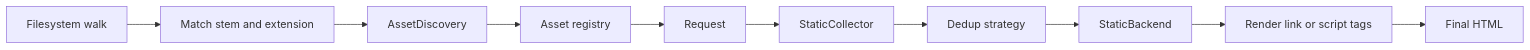
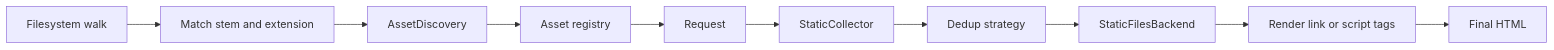
One commit to next-dj/next-dj changed the first of 2 diagrams in docs/content/internals/static-pipeline.rst. Above: the diagram before and after it, drawn with Mermaid. The commit also changed other lines of this file and 71 other files, not shown here.

```diff
--- a/docs/content/internals/static-pipeline.rst
+++ b/docs/content/internals/static-pipeline.rst
@@ -22,12 +22,12 @@
 .. mermaid::
 
    flowchart LR
-       Walk[Filesystem walk] --> StemMatch[Match stem and extension]
-       StemMatch --> Discovery[AssetDiscovery]
-       Discovery --> Registry[Asset registry]
-       Registry --> Request[Request]
-       Request --> Collector[StaticCollector]
-       Collector --> Dedup[Dedup strategy]
-       Dedup --> Backend[StaticBackend]
-       Backend --> Tags[Render link or script tags]
-       Tags --> HTML[Final HTML]
+       Walk["Filesystem walk"] --> StemMatch["Match stem and extension"]
+       StemMatch --> Discovery["AssetDiscovery"]
+       Discovery --> Registry["Asset registry"]
+       Registry --> Request["Request"]
+       Request --> Collector["StaticCollector"]
+       Collector --> Dedup["Dedup strategy"]
+       Dedup --> Backend["StaticFilesBackend"]
+       Backend --> Tags["Render link or script tags"]
+       Tags --> HTML["Final HTML"]
```
